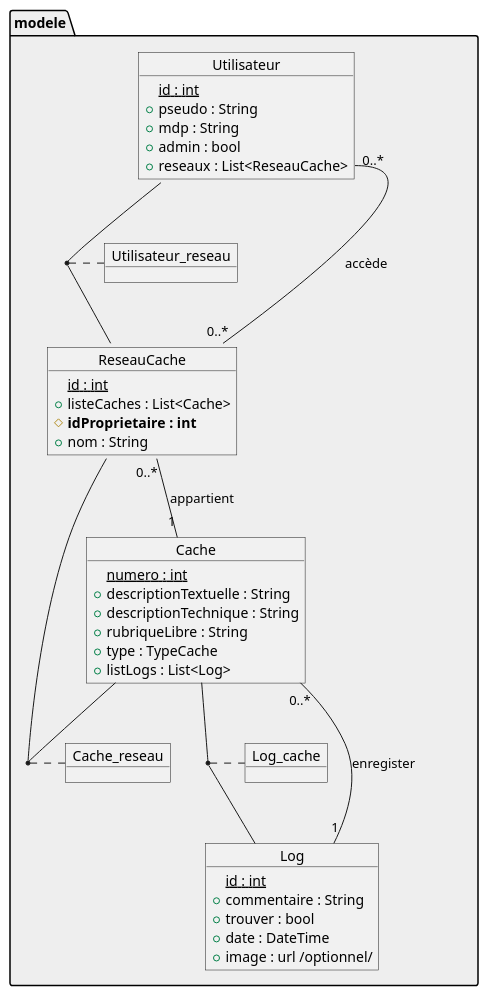
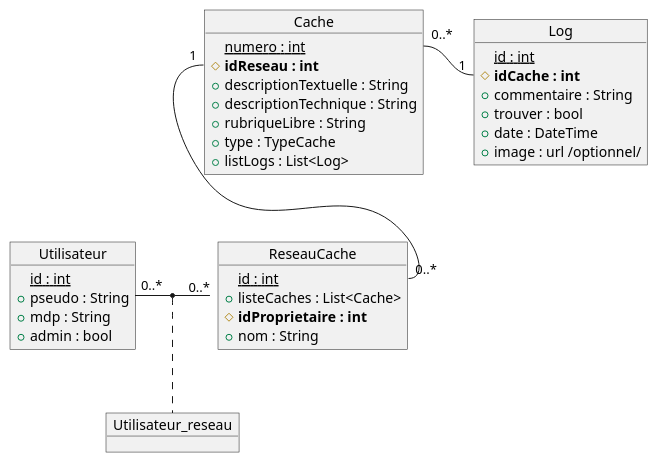
The diagram in conception/UML/MPD.puml (Thomas-Duthoit/ge-OO-cache), drawn with PlantUML before and after one commit.

```diff
--- a/conception/UML/MPD.puml
+++ b/conception/UML/MPD.puml
@@ -1,61 +1,47 @@
 @startuml
-
-package "modele" #EEEEEE{
 
 object Utilisateur{
   {static} id : int
   + pseudo : String 
   + mdp : String
   + admin : bool
-  + reseaux : List<ReseauCache>
 }
 
 object ReseauCache{
   {static} id : int
   + listeCaches : List<Cache>
   # <b>idProprietaire : int</b>
   + nom : String
 }
 
 object Utilisateur_reseau{
   
 }
 
 object Cache{
   {static} numero : int
+  # <b>idReseau : int</b>
   + descriptionTextuelle : String
   + descriptionTechnique : String 
   + rubriqueLibre : String
   + type : TypeCache
   + listLogs : List<Log>
 }
 
-object Cache_reseau{
-
-}
-
 object Log{
   {static} id : int
+  # <b>idCache : int</b>
   + commentaire : String
   + trouver : bool
   + date : DateTime
   + image : url /optionnel/
 }
 
-object Log_cache{
+Utilisateur "0..*" - "0..*" ReseauCache 
+(Utilisateur, ReseauCache) . Utilisateur_reseau
 
-}
+Cache::idReseau "1" -- "0..*" ReseauCache::id 
 
-
-(Utilisateur, ReseauCache) .. Utilisateur_reseau
-(Cache, ReseauCache) .. Cache_reseau
-(Cache, Log) .. Log_cache
-
-Utilisateur::reseaux "0..*" -- "0..*" ReseauCache : accède
-
-ReseauCache::listCaches "0..*" -- "1" Cache : appartient
-
-Log "1" -- "0..*" Cache : enregister
-}
+Cache::numero "0..*" - "1" Log::idCache
 
 @enduml
```
